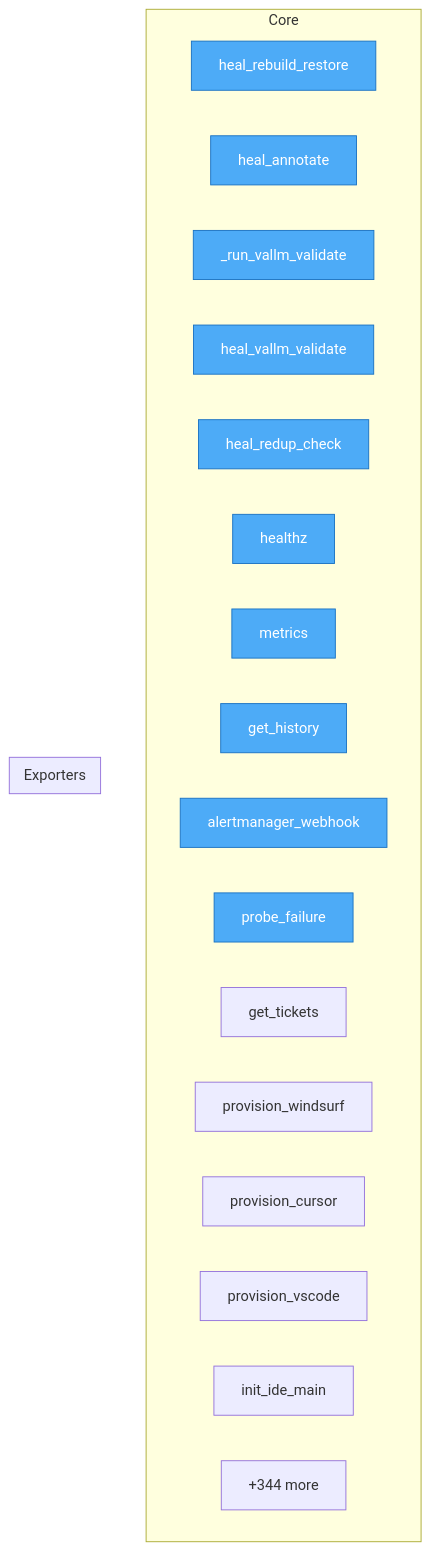
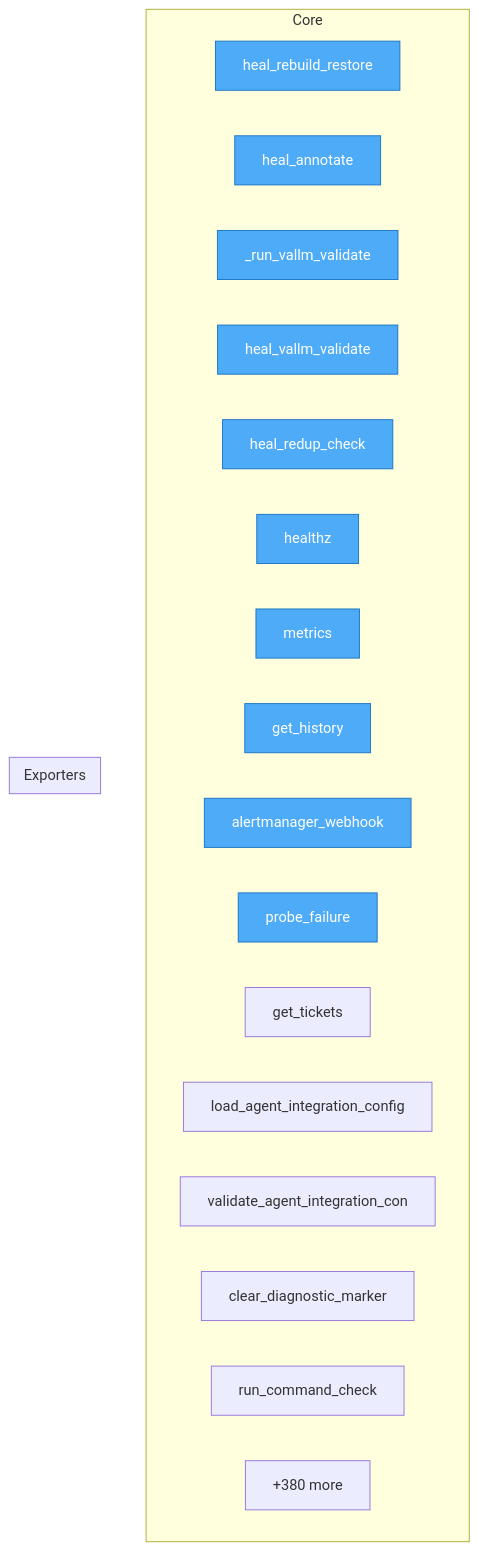
The diagram in project/flow.mmd (semcod/koru), drawn with Mermaid before and after one commit. The commit also changed 48 other files, not shown here.

```diff
--- a/project/flow.mmd
+++ b/project/flow.mmd
@@ -1,29 +1,29 @@
 flowchart TD
 %% generated in 0.02s
 
     %% Entry points (blue)
     classDef entry fill:#4dabf7,stroke:#1971c2,color:#fff
 
     subgraph Core
         services__healing_webhook__app__heal_rebuild_restore["heal_rebuild_restore"]
         services__healing_webhook__app__heal_annotate["heal_annotate"]
         services__healing_webhook__app___run_vallm_validate["_run_vallm_validate"]
         services__healing_webhook__app__heal_vallm_validate["heal_vallm_validate"]
         services__healing_webhook__app__heal_redup_check["heal_redup_check"]
         services__healing_webhook__app__healthz["healthz"]
         services__healing_webhook__app__metrics["metrics"]
         services__healing_webhook__app__get_history["get_history"]
         services__healing_webhook__app__alertmanager_webhook["alertmanager_webhook"]
         services__healing_webhook__app__probe_failure["probe_failure"]
         services__healing_webhook__app__get_tickets["get_tickets"]
-        src__koru__mcp_provision__provision_windsurf["provision_windsurf"]
-        src__koru__mcp_provision__provision_cursor["provision_cursor"]
-        src__koru__mcp_provision__provision_vscode["provision_vscode"]
-        src__koru__mcp_provision__init_ide_main["init_ide_main"]
-        ...["+344 more"]
+        src__koru__agent_backends__load_agent_integration_config["load_agent_integration_config"]
+        src__koru__agent_backends__validate_agent_integration_config["validate_agent_integration_con"]
+        src__koru__autonomous_diagnostics__clear_diagnostic_marker["clear_diagnostic_marker"]
+        src__koru__autonomous_diagnostics__run_command_check["run_command_check"]
+        ...["+380 more"]
     end
 
     subgraph Exporters
     end
 
     class services__healing_webhook__app__heal_rebuild_restore,services__healing_webhook__app__heal_annotate,services__healing_webhook__app___run_vallm_validate,services__healing_webhook__app__heal_vallm_validate,services__healing_webhook__app__heal_redup_check,services__healing_webhook__app__healthz,services__healing_webhook__app__metrics,services__healing_webhook__app__get_history,services__healing_webhook__app__alertmanager_webhook,services__healing_webhook__app__probe_failure entry
```
